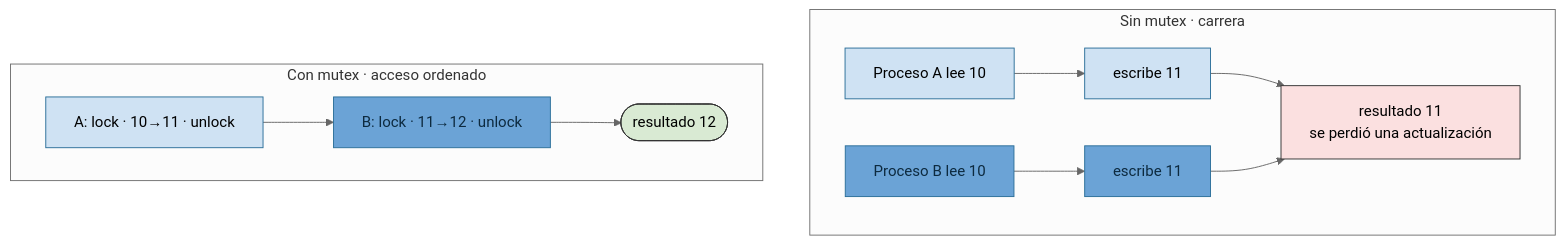
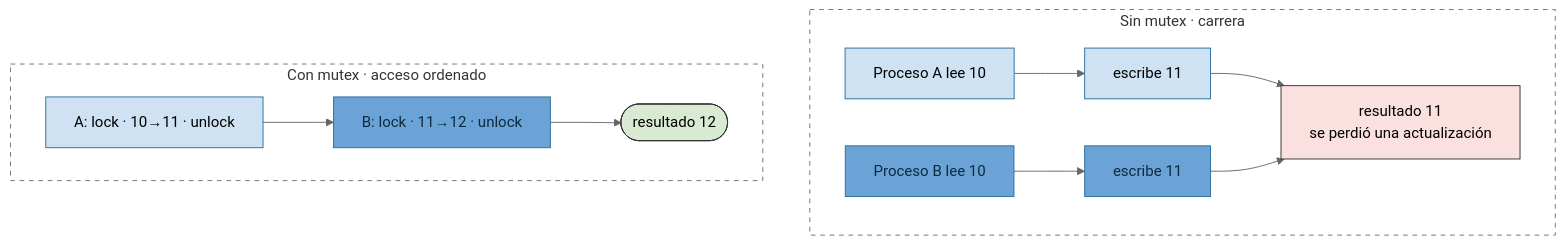
One commit to asiermarzo/ssoo changed the second of 2 diagrams in TEORIA/10-memoria-compartida-y-mutex/README.md. Above: the diagram before and after it, drawn with Mermaid (neutral theme). The commit also changed 12 other files, not shown here.

Commit message:
ajuste subrects de mermaids

````diff
--- a/TEORIA/10-memoria-compartida-y-mutex/README.md
+++ b/TEORIA/10-memoria-compartida-y-mutex/README.md
@@ -47,21 +47,23 @@
 ```mermaid
 flowchart TB
     subgraph MAL["Sin mutex · carrera"]
         A1[Proceso A lee 10] --> A2[escribe 11]
         B1[Proceso B lee 10] --> B2[escribe 11]
         A2 --> R1["resultado 11<br/>se perdió una actualización"]
         B2 --> R1
     end
     subgraph BIEN["Con mutex · acceso ordenado"]
         C1["A: lock · 10→11 · unlock"] --> C2["B: lock · 11→12 · unlock"] --> R2(["resultado 12"])
     end
 
     classDef procA fill:#cfe2f3,stroke:#2b6f99,color:#000;
     classDef procB fill:#6ba3d6,stroke:#2b6f99,color:#0d2a3f;
     classDef error fill:#fbe0e0,stroke:#333,color:#000;
     classDef ok fill:#d9ead3,stroke:#333,color:#000;
     class A1,A2,C1 procA;
     class B1,B2,C2 procB;
     class R1 error;
     class R2 ok;
+    style MAL fill:none,stroke-dasharray: 5 5;
+    style BIEN fill:none,stroke-dasharray: 5 5;
 ```
````
